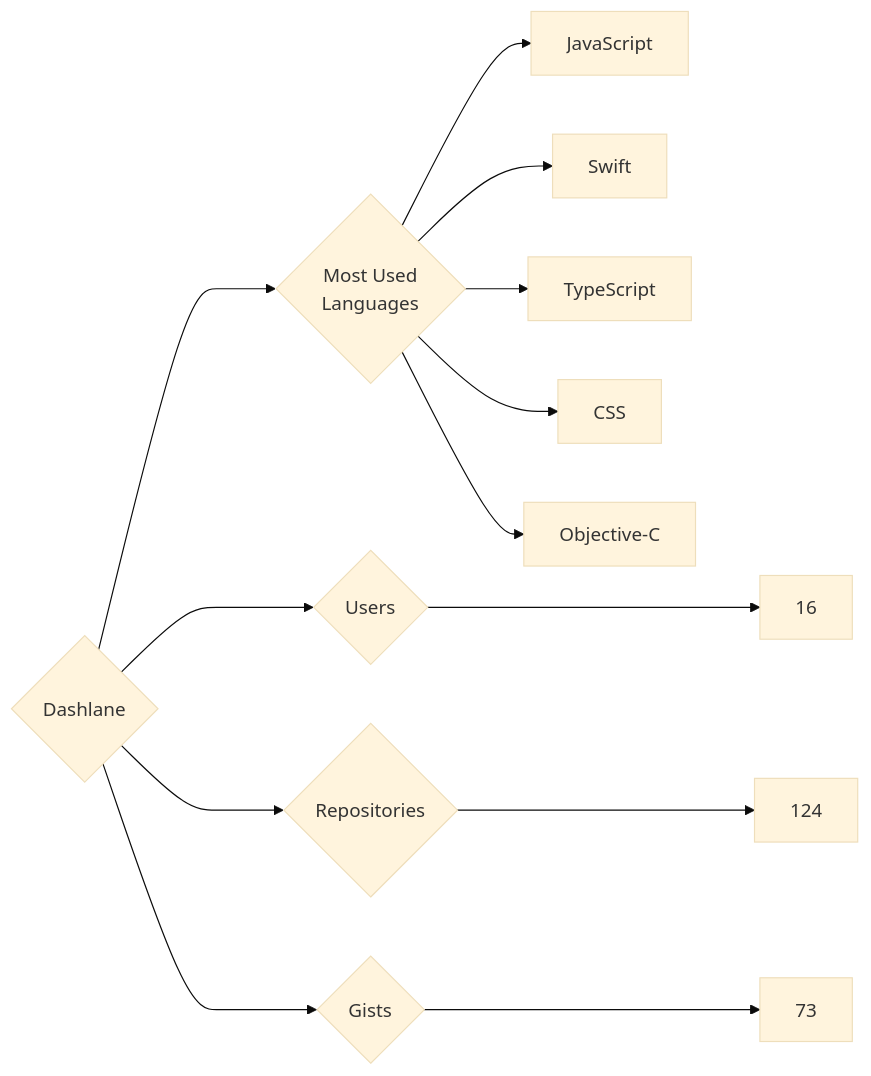
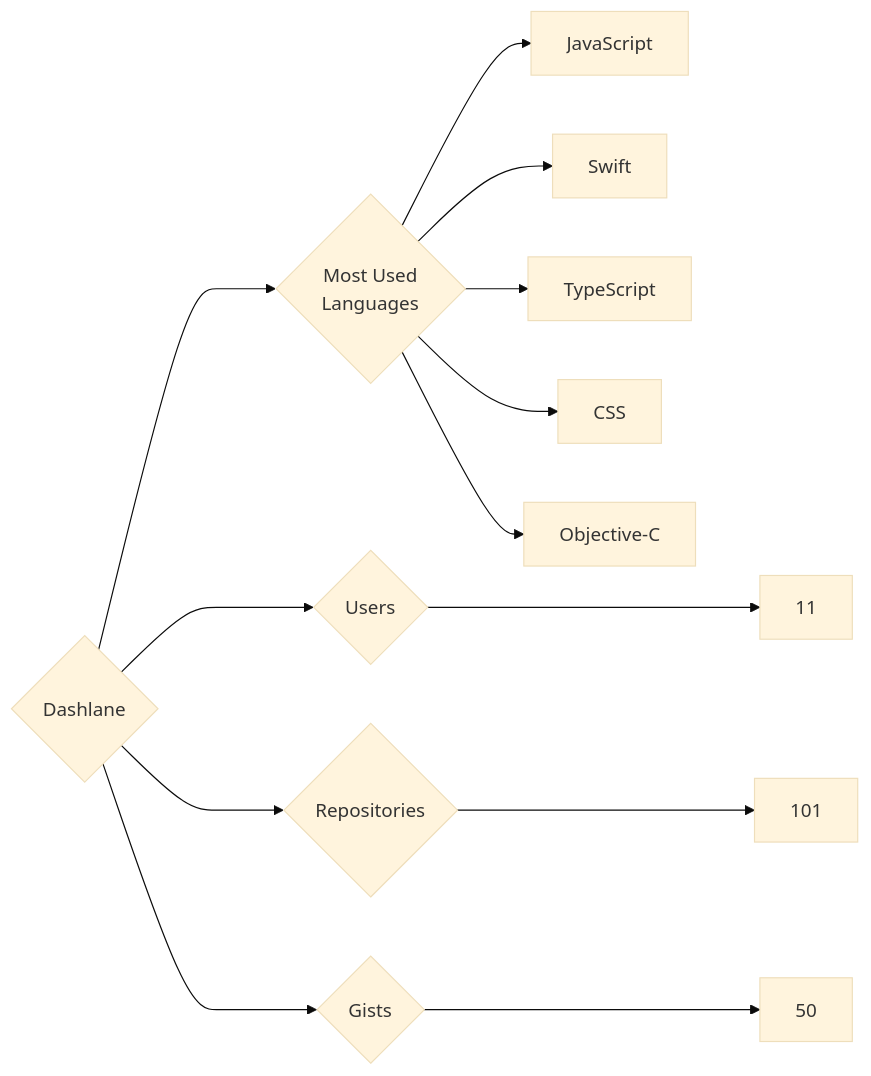
One commit to trickest/insiders changed the diagram in targets/Dashlane/README.md. Above: the diagram before and after it, drawn with Mermaid (base theme). The commit also changed 777 other files, not shown here.

````diff
--- a/targets/Dashlane/README.md
+++ b/targets/Dashlane/README.md
@@ -3,13 +3,13 @@
 ```mermaid
 graph LR
 COMPANY_NAME{Dashlane}
-COMPANY_NAME ---> U{Users} ---> UN[16]
-COMPANY_NAME ---> R{Repositories} ---> RN[124]
-COMPANY_NAME ---> G{Gists} ---> GN[73]
+COMPANY_NAME ---> U{Users} ---> UN[11]
+COMPANY_NAME ---> R{Repositories} ---> RN[101]
+COMPANY_NAME ---> G{Gists} ---> GN[50]
 COMPANY_NAME ---> ML{Most Used<br>Languages}
 ML --> JavaScript[JavaScript]
 ML --> Swift[Swift]
 ML --> TypeScript[TypeScript]
 ML --> CSS[CSS]
 ML --> Objective-C[Objective-C]
 ```
````
